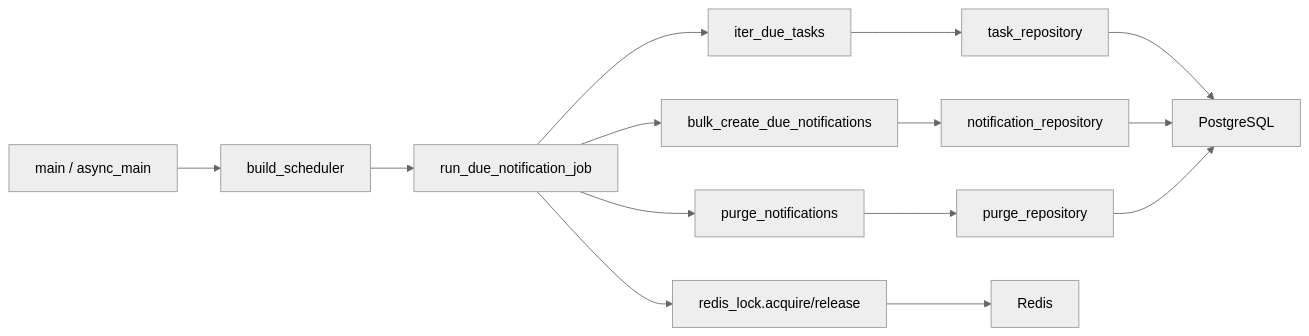
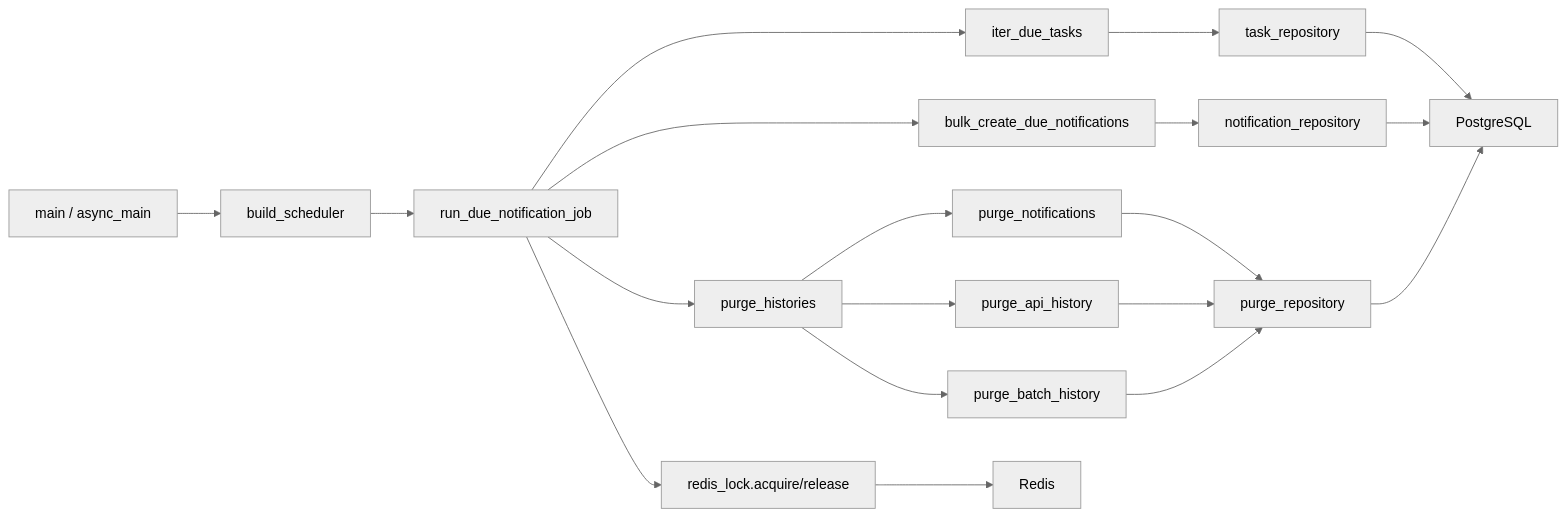
One commit to oikawa-d/task_management changed the fifth of 6 diagrams in basic_design/07_batch.md. Above: the diagram before and after it, drawn with Mermaid (neutral theme). The commit also changed other lines of this file and 19 other files, not shown here.

````diff
--- a/basic_design/07_batch.md
+++ b/basic_design/07_batch.md
@@ -214,16 +214,21 @@
 ```mermaid
 flowchart LR
     M["main / async_main"] --> BS["build_scheduler"]
     BS --> RUN["run_due_notification_job"]
     RUN --> IT["iter_due_tasks"]
     RUN --> BULK["bulk_create_due_notifications"]
-    RUN --> PURGE["purge_notifications"]
+    RUN --> PURGE["purge_histories"]
+    PURGE --> PN["purge_notifications"]
+    PURGE --> PA["purge_api_history"]
+    PURGE --> PB["purge_batch_history"]
     RUN --> RLOCK["redis_lock.acquire/release"]
     IT --> TR["task_repository"]
     BULK --> NR["notification_repository"]
-    PURGE --> PR["purge_repository"]
+    PN --> PR["purge_repository"]
+    PA --> PR
+    PB --> PR
     RLOCK --> RR["Redis"]
     TR --> DB["PostgreSQL"]
     NR --> DB
     PR --> DB
 ```
````
